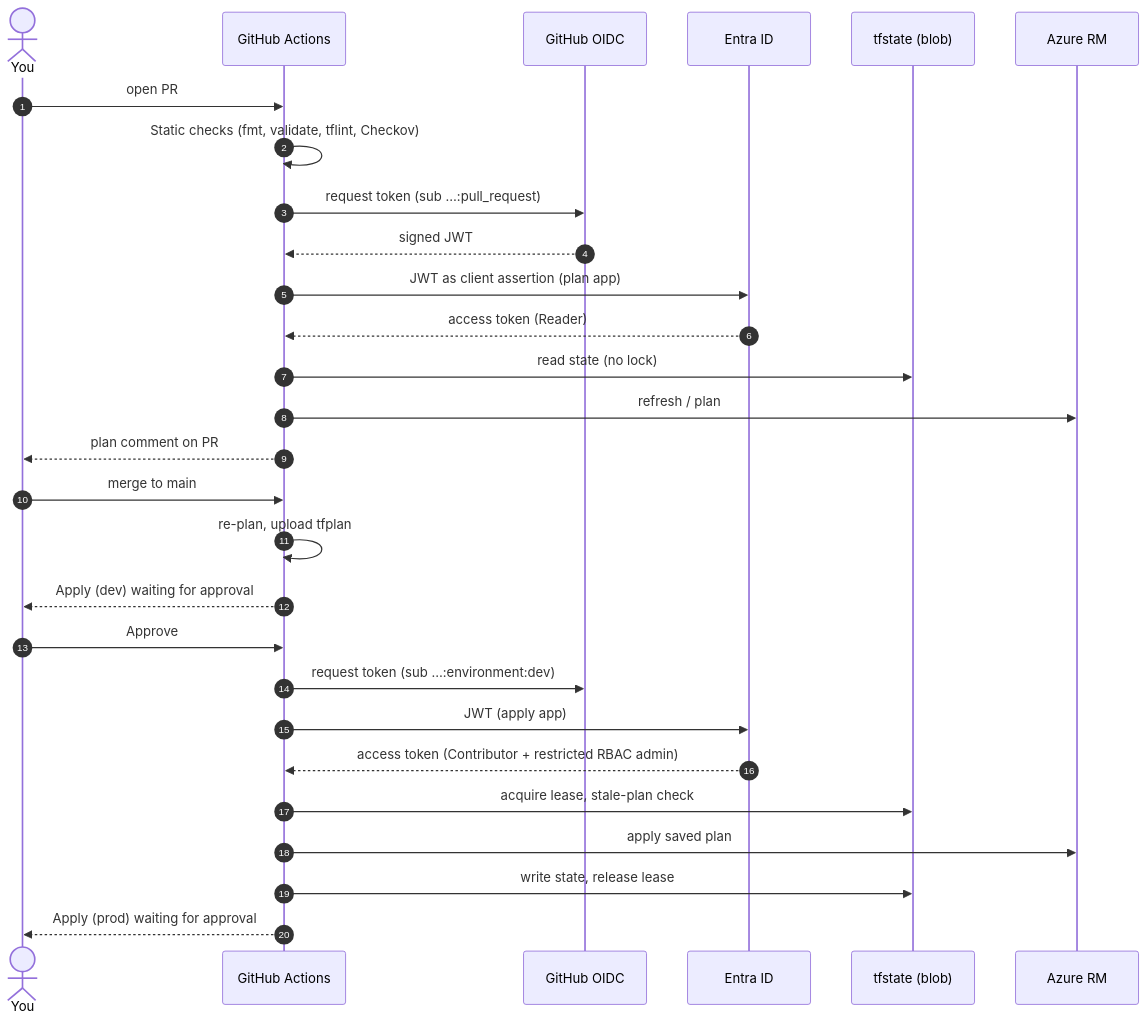
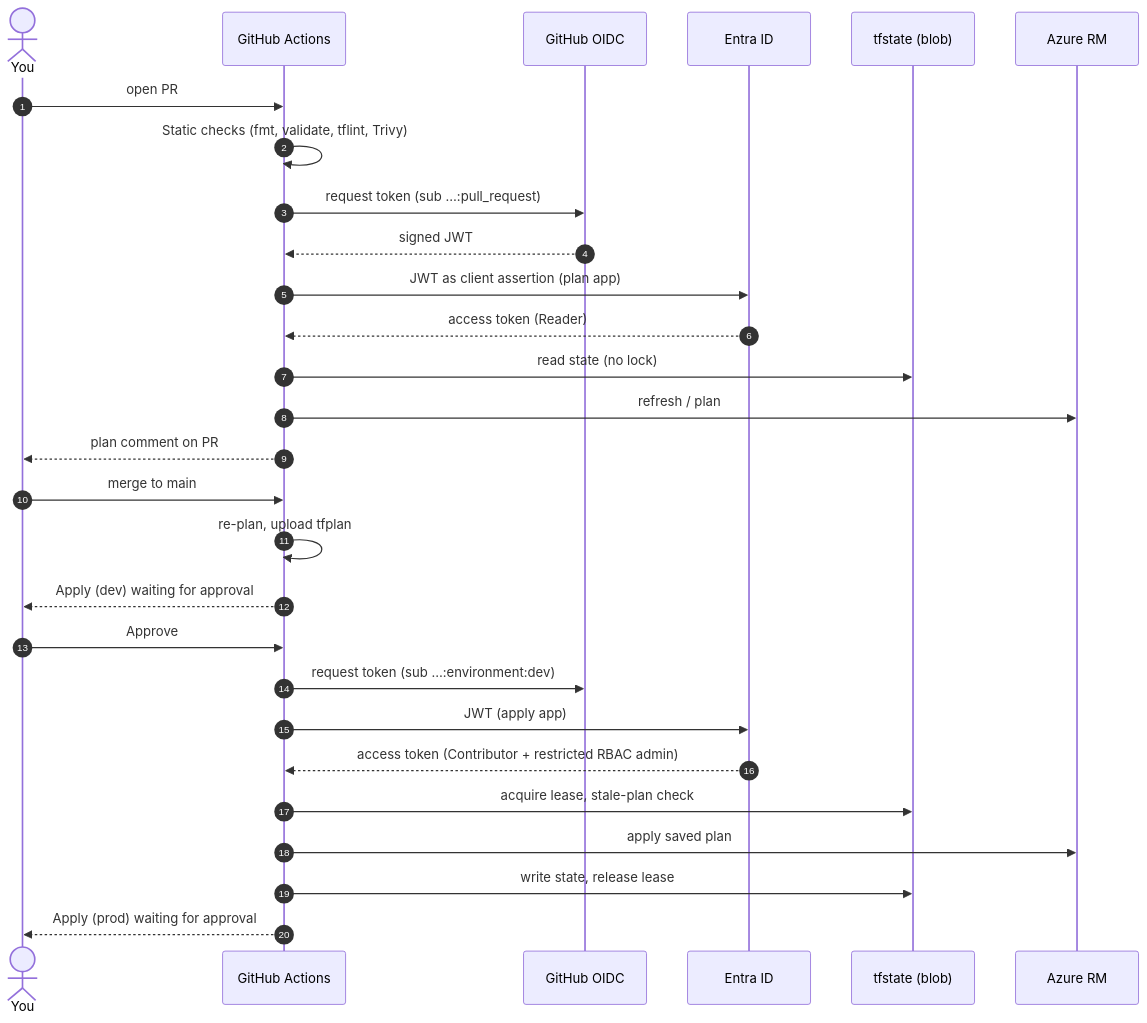
The diagram in Question_1/FLOW.md (SaifRiaz3256/orzeh-assessment), drawn with Mermaid before and after one commit. The commit also changed other lines of this file and 8 other files, not shown here.

Commit message:
Q1: replace Checkov with checksum-verified Trivy scan

````diff
--- a/Question_1/FLOW.md
+++ b/Question_1/FLOW.md
@@ -270,31 +271,31 @@
 ```mermaid
 sequenceDiagram
     autonumber
     actor Dev as You
     participant GH as GitHub Actions
     participant OIDC as GitHub OIDC
     participant Entra as Entra ID
     participant State as tfstate (blob)
     participant Azure as Azure RM
 
     Dev->>GH: open PR
-    GH->>GH: Static checks (fmt, validate, tflint, Checkov)
+    GH->>GH: Static checks (fmt, validate, tflint, Trivy)
     GH->>OIDC: request token (sub …:pull_request)
     OIDC-->>GH: signed JWT
     GH->>Entra: JWT as client assertion (plan app)
     Entra-->>GH: access token (Reader)
     GH->>State: read state (no lock)
     GH->>Azure: refresh / plan
     GH-->>Dev: plan comment on PR
     Dev->>GH: merge to main
     GH->>GH: re-plan, upload tfplan
     GH-->>Dev: Apply (dev) waiting for approval
     Dev->>GH: Approve
     GH->>OIDC: request token (sub …:environment:dev)
     GH->>Entra: JWT (apply app)
     Entra-->>GH: access token (Contributor + restricted RBAC admin)
     GH->>State: acquire lease, stale-plan check
     GH->>Azure: apply saved plan
     GH->>State: write state, release lease
     GH-->>Dev: Apply (prod) waiting for approval
 ```
````
